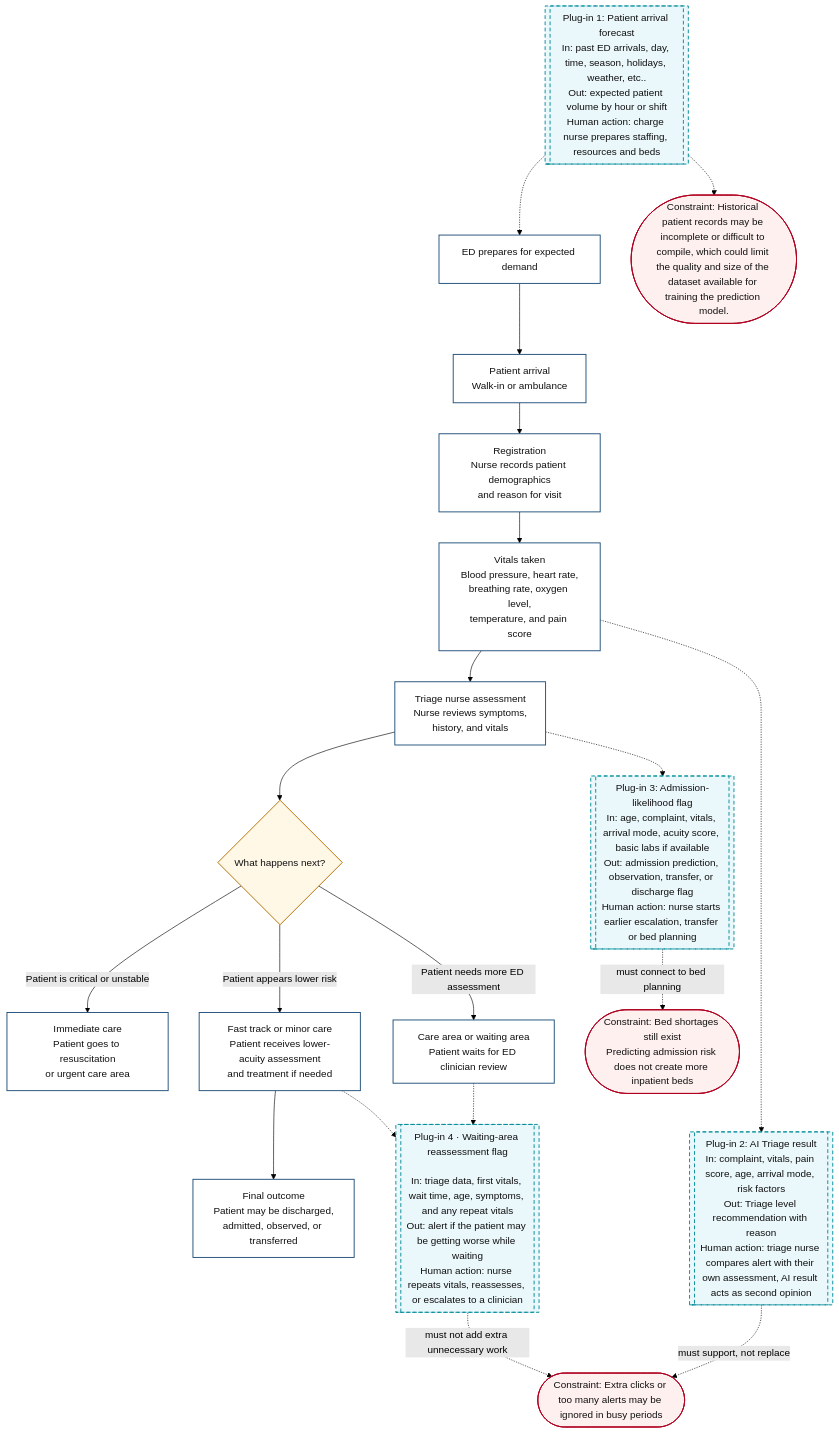
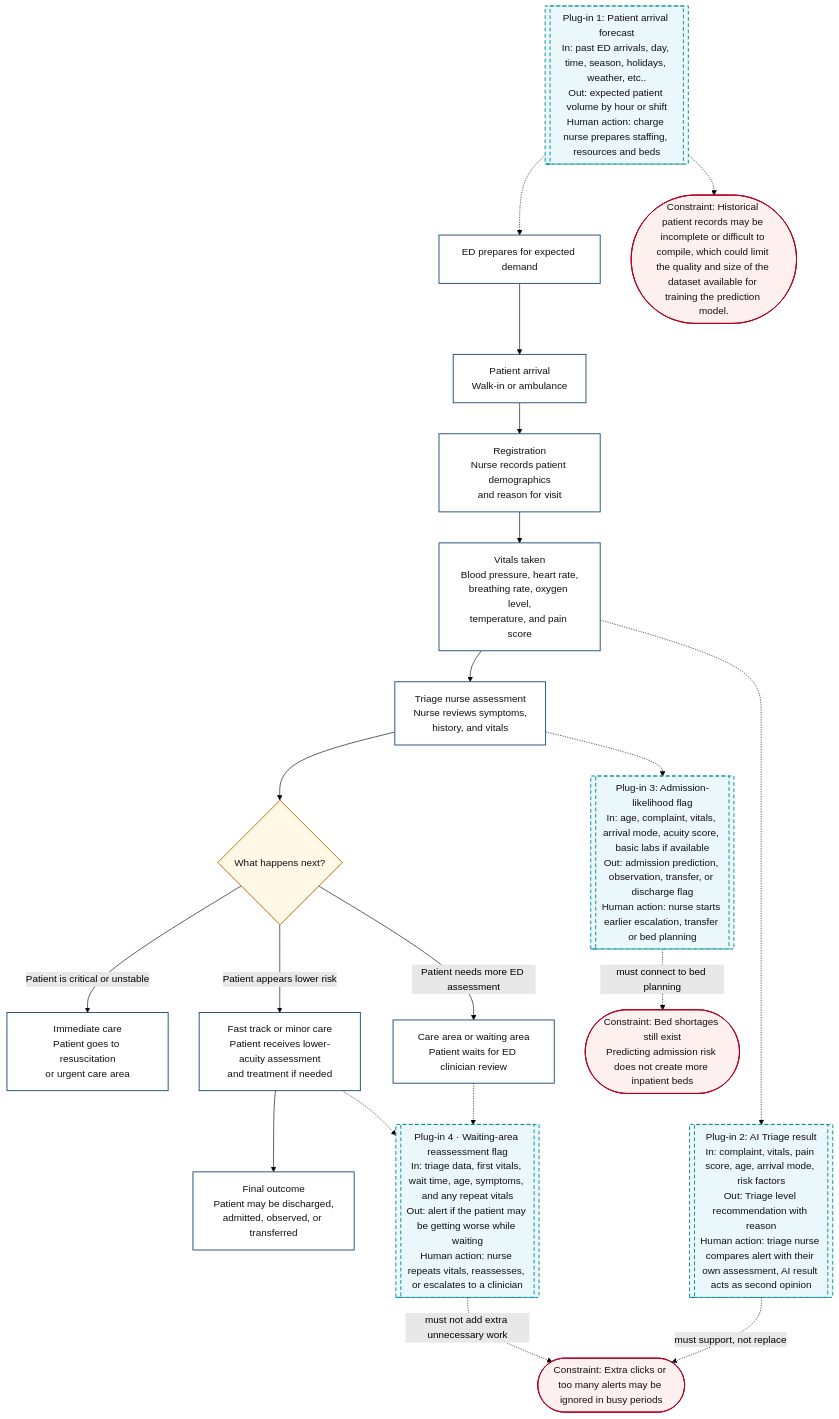
The diagram in docs/week_3_workflow.md (tinadams/carisurg-portfolio), drawn with Mermaid (forest theme) before and after one commit.

Commit message:
Fix formatting in AI4 plug-in description

````diff
--- a/docs/week_3_workflow.md
+++ b/docs/week_3_workflow.md
@@ -1,57 +1,57 @@
 ```mermaid
 flowchart TD
 
 A[Patient arrival<br/>Walk-in or ambulance] --> B[Registration<br/>Nurse records patient demographics<br/>and reason for visit]
 
 B --> C[Vitals taken<br/>Blood pressure, heart rate,<br/>breathing rate, oxygen level,<br/>temperature, and pain score]
 
 C --> D[Triage nurse assessment<br/>Nurse reviews symptoms,<br/>history, and vitals]
 
 D --> E{What happens next?}
 
 E -->|Patient is critical or unstable| F[Immediate care<br/>Patient goes to resuscitation<br/>or urgent care area]
 
 E -->|Patient needs more ED assessment| G[Care area or waiting area<br/>Patient waits for ED clinician review]
 
 E -->|Patient appears lower risk| H[Fast track or minor care<br/>Patient receives lower-acuity assessment<br/>and treatment if needed]
 
 H --> I[Final outcome<br/>Patient may be discharged,<br/>admitted, observed, or transferred]
 
 AI1[[Plug-in 1: Patient arrival forecast<br/>In: past ED arrivals, day, time, season, holidays, weather, etc..<br/>Out: expected patient volume by hour or shift<br/>Human action: charge nurse prepares staffing, resources and beds]]
 
 AI2[[Plug-in 2: AI Triage result<br/>In: complaint, vitals, pain score, age, arrival mode, risk factors<br/>Out: Triage level recommendation with reason<br/>Human action: triage nurse compares alert with their own assessment, AI result acts as second opinion]]
 
 AI3[[Plug-in 3: Admission-likelihood flag<br/>In: age, complaint, vitals, arrival mode, acuity score, basic labs if available<br/>Out: admission prediction, observation, transfer, or discharge flag<br/>Human action: nurse starts earlier escalation, transfer or bed planning]]
 
-AI4[[Plug-in 4 · Waiting-area reassessment flag<br/><br/>In: triage data, first vitals, wait time, age, symptoms, and any repeat vitals<br/>Out: alert if the patient may be getting worse while waiting<br/>Human action: nurse repeats vitals, reassesses, or escalates to a clinician]]
+AI4[[Plug-in 4 · Waiting-area reassessment flag<br/>In: triage data, first vitals, wait time, age, symptoms, and any repeat vitals<br/>Out: alert if the patient may be getting worse while waiting<br/>Human action: nurse repeats vitals, reassesses, or escalates to a clinician]]
 
 PRE[ED prepares for expected demand]
 
 AI1 -.-> PRE
 PRE --> A
 D -.-> AI3
 C -.-> AI2
 G -.-> AI4
 H -.-> AI4
 
 C1([Constraint: Historical patient records may be incomplete or difficult to compile, which could limit the quality and size of the dataset available for training the prediction model.])
 
 C2([Constraint: Extra clicks or too many alerts may be ignored in busy periods])
 
 C3([Constraint: Bed shortages still exist<br/>Predicting admission risk does not create more inpatient beds])
 
 AI1 -.-> C1
 AI2 -. must support, not replace .-> C2
 AI3 -. must connect to bed planning .-> C3
 AI4 -. must not add extra unnecessary work .-> C2
 
 classDef process fill:#ffffff,stroke:#1f4e79,stroke-width:1.5px,color:#111;
 classDef decision fill:#fff8e6,stroke:#b36b00,stroke-width:1.5px,color:#111;
 classDef ai fill:#eaf7fb,stroke:#008c99,stroke-width:1.5px,stroke-dasharray: 6 4,color:#111;
 classDef constraint fill:#fff0f0,stroke:#b00020,stroke-width:1.5px,color:#111;
 
 class A,B,C,D,F,G,H,I,PRE process;
 class E decision;
 class AI1,AI2,AI3,AI4 ai;
 class C1,C2,C3 constraint;
 ```
````
